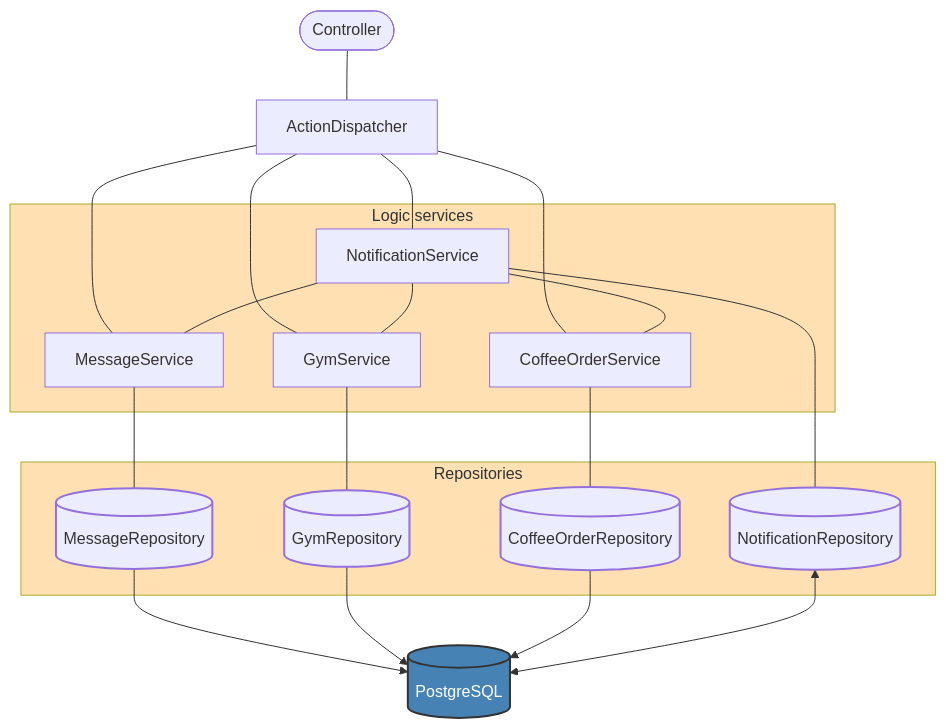
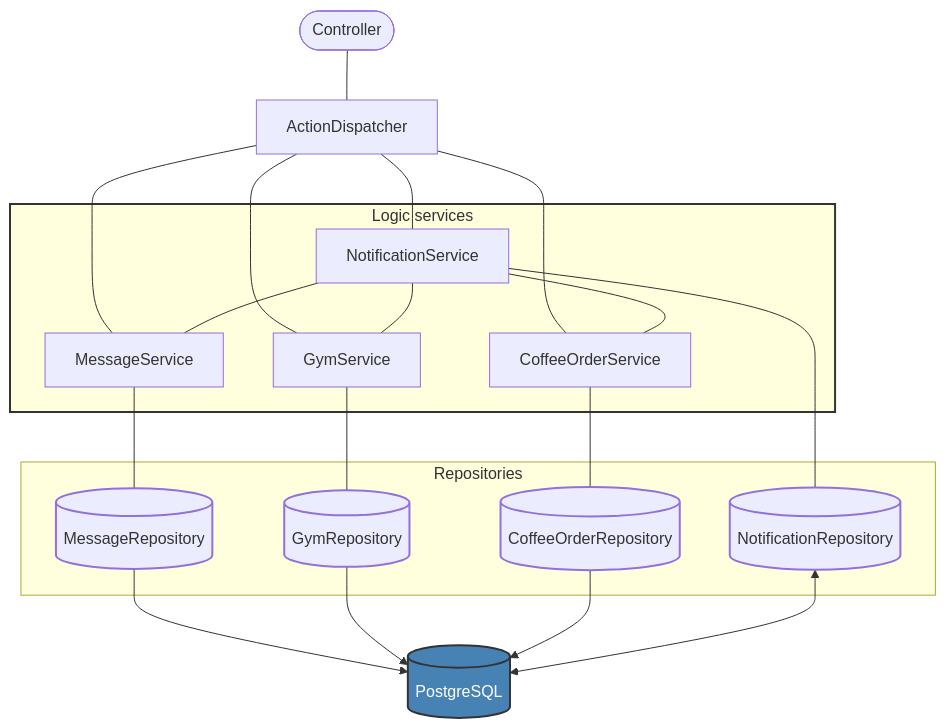
Before and after one commit to h4ppychr1st/UnpredictableNotificator: the diagram in README.md, drawn with Mermaid.

Commit message:
readme microchanges

````diff
--- a/README.md
+++ b/README.md
@@ -19,58 +19,58 @@
 ```mermaid
 flowchart TB
     subgraph s1["Repositories"]
         n13[("MessageRepository")]
         n14[("GymRepository")]
         n16[("NotificationRepository")]
         n15[("CoffeeOrderRepository")]
     end
     subgraph s2["Logic services"]
         n3["NotificationService"]
         D["GymService"]
         n2["CoffeeOrderService"]
         C["MessageService"]
     end
 
     A(["Controller"])
     B["ActionDispatcher"]
 
     A --- B
     B --- C
     B --- D
     B --- n2
     B --- n3
 
     n3 --- n2
     n3 --- C
     n3 --- D
 
 %% Central database node, default built-in database shape for PostgreSQL
     n9[(PostgreSQL)]
 
 %% Connect repositories to PostgreSQL, all with arrows
     n13 --> n9
     n14 --> n9
     n15 --> n9
     n16 <--> n9
 
 %% Services to repositories, with arrows
     C --- n13
     n2 --- n15
     n3 --- n16
     D  --- n14
 
 %% Explicit shapes for repositories and a service
 %%    n13{ shape: cyl }
 %%    n14{ shape: cyl }
 %%    n16{ shape: cyl }
 %%    n15{ shape: cyl }
 
 %% Visual styling
     style n13 stroke-width:2px,stroke-dasharray: 0
     style n14 stroke-width:2px,stroke-dasharray: 0
     style n16 stroke-width:2px,stroke-dasharray: 0
     style n15 stroke-width:2px,stroke-dasharray: 0
     style n9 fill:#4682B4,color:white,stroke:#333,stroke-width:2px
-    style s2 fill:#FFE0B2
-    style s1 fill:#FFE0B2
+    style s2 fill:##FFC0CB,stroke:#333,stroke-width:2px
+    style s1 fill:##FFC0CB
 ```
````
